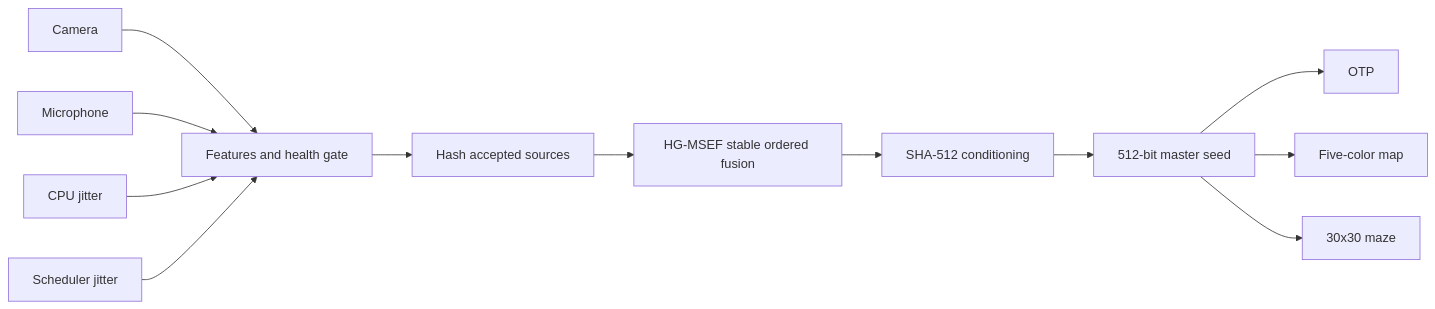
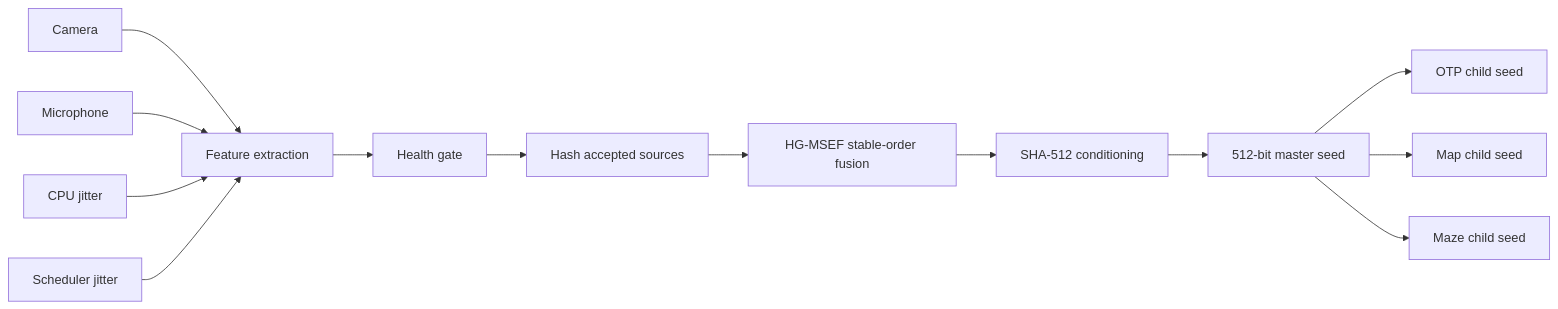
One commit to brinesolution/Randomizer changed the diagram in README.md. Above: the diagram before and after it, drawn with Mermaid. The commit also changed other lines of this file and 4 other files, not shown here.

````diff
--- a/README.md
+++ b/README.md
@@ -33,14 +48,15 @@
 ```mermaid
 flowchart LR
-    A[Camera] --> E[Features and health gate]
+    A[Camera] --> E[Feature extraction]
     B[Microphone] --> E
     C[CPU jitter] --> E
     D[Scheduler jitter] --> E
-    E --> F[Hash accepted sources]
-    F --> G[HG-MSEF stable ordered fusion]
-    G --> H[SHA-512 conditioning]
-    H --> I[512-bit master seed]
-    I --> J[OTP]
-    I --> K[Five-color map]
-    I --> L[30x30 maze]
+    E --> F[Health gate]
+    F --> G[Hash accepted sources]
+    G --> H[HG-MSEF stable-order fusion]
+    H --> I[SHA-512 conditioning]
+    I --> J[512-bit master seed]
+    J --> K[OTP child seed]
+    J --> L[Map child seed]
+    J --> M[Maze child seed]
 ```
````
